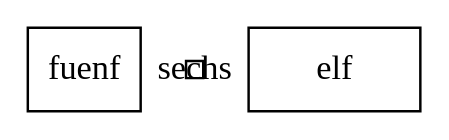
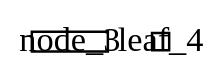
One commit to stefanrinderle/SoftViz3D changed the diagram in x3d/temp.dot. Above: the diagram before and after it, drawn with Graphviz. The commit also changed 9 other files, not shown here.

```diff
--- a/x3d/temp.dot
+++ b/x3d/temp.dot
@@ -1,11 +1,4 @@
 digraph G {
-fuenf[shape="rectangle" width="0.638888888889", 
-								height="0.472222222222", fixedsize=true, 
-								type="node"];
-sechs[shape="rectangle" width="0.1", 
-								height="0.1", fixedsize=true, 
-								type="leaf"];
-elf[shape="rectangle" width="0.972222222222", 
-								height="0.472222222222", fixedsize=true, 
-								type="node"];
+ node_3[shape="rectangle" width="0.430555555556", height="0.111111111111", fixedsize=true, type="node"];
+leaf_4[shape="rectangle" width="0.1", height="0.1", fixedsize=true, type="leaf"];
 }
```
